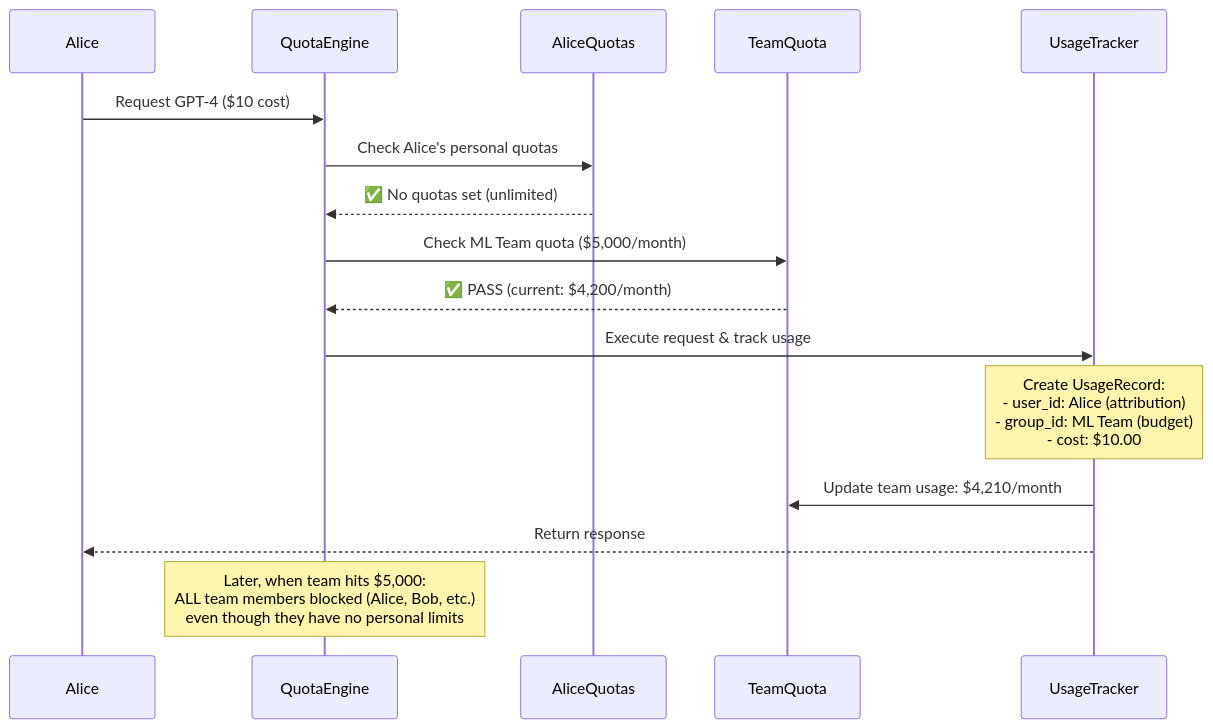
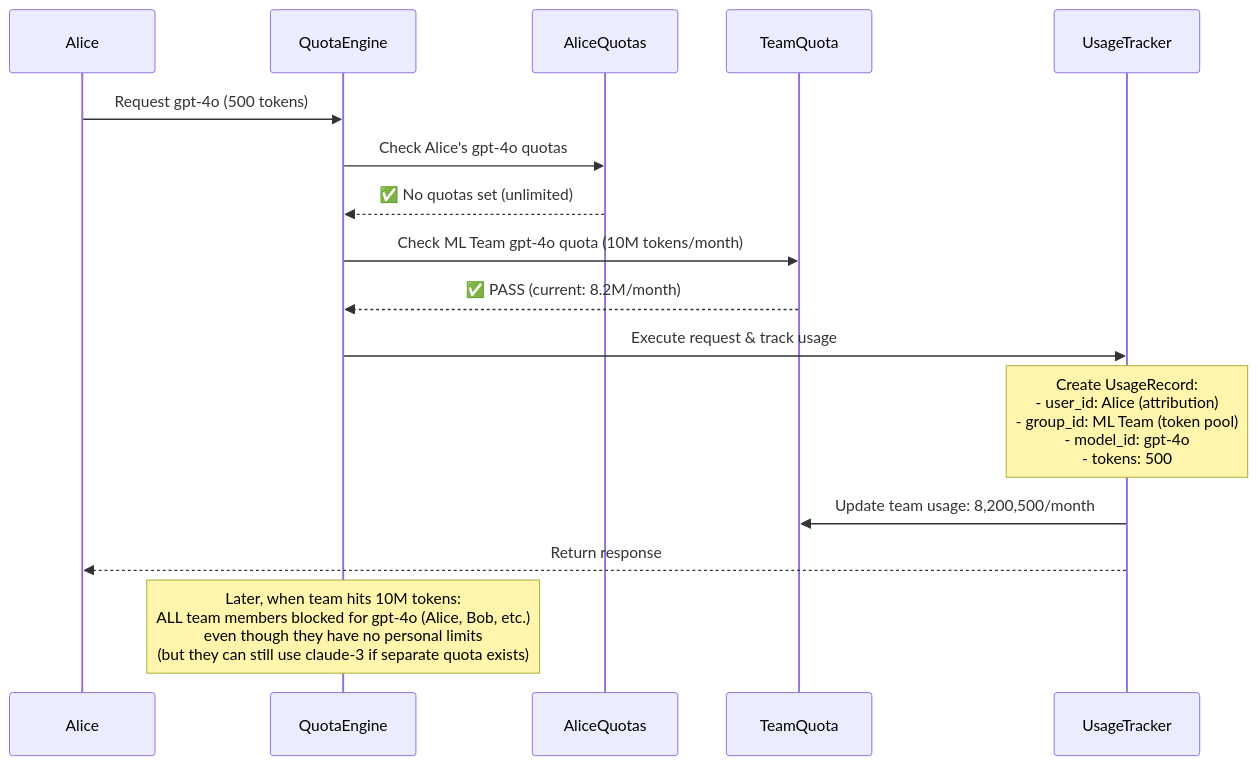
The third of 5 diagrams in docs/proposals/maas-entity-architecture.md (noyitz/maas-billing), drawn with Mermaid before and after one commit. The commit also changed other lines of this file, not shown here.

First line of the commit message:
refactor: update MaaS Entity Architecture to a token-based hierarchical model

````diff
--- a/docs/proposals/maas-entity-architecture.md
+++ b/docs/proposals/maas-entity-architecture.md
@@ -599,24 +608,24 @@
 ```mermaid
 sequenceDiagram
     participant Alice
     participant QuotaEngine
     participant AliceQuotas
     participant TeamQuota
     participant UsageTracker
     
-    Alice->>QuotaEngine: Request GPT-4 ($10 cost)
+    Alice->>QuotaEngine: Request gpt-4o (500 tokens)
     
-    QuotaEngine->>AliceQuotas: Check Alice's personal quotas
+    QuotaEngine->>AliceQuotas: Check Alice's gpt-4o quotas
     AliceQuotas-->>QuotaEngine: ✅ No quotas set (unlimited)
     
-    QuotaEngine->>TeamQuota: Check ML Team quota ($5,000/month)
-    TeamQuota-->>QuotaEngine: ✅ PASS (current: $4,200/month)
+    QuotaEngine->>TeamQuota: Check ML Team gpt-4o quota (10M tokens/month)
+    TeamQuota-->>QuotaEngine: ✅ PASS (current: 8.2M/month)
     
     QuotaEngine->>UsageTracker: Execute request & track usage
-    Note over UsageTracker: Create UsageRecord:<br/>- user_id: Alice (attribution)<br/>- group_id: ML Team (budget)<br/>- cost: $10.00
+    Note over UsageTracker: Create UsageRecord:<br/>- user_id: Alice (attribution)<br/>- group_id: ML Team (token pool)<br/>- model_id: gpt-4o<br/>- tokens: 500
     
-    UsageTracker->>TeamQuota: Update team usage: $4,210/month
+    UsageTracker->>TeamQuota: Update team usage: 8,200,500/month
     UsageTracker-->>Alice: Return response
     
-    Note over QuotaEngine: Later, when team hits $5,000:<br/>ALL team members blocked (Alice, Bob, etc.)<br/>even though they have no personal limits
+    Note over QuotaEngine: Later, when team hits 10M tokens:<br/>ALL team members blocked for gpt-4o (Alice, Bob, etc.)<br/>even though they have no personal limits<br/>(but they can still use claude-3 if separate quota exists)
 ```
````
